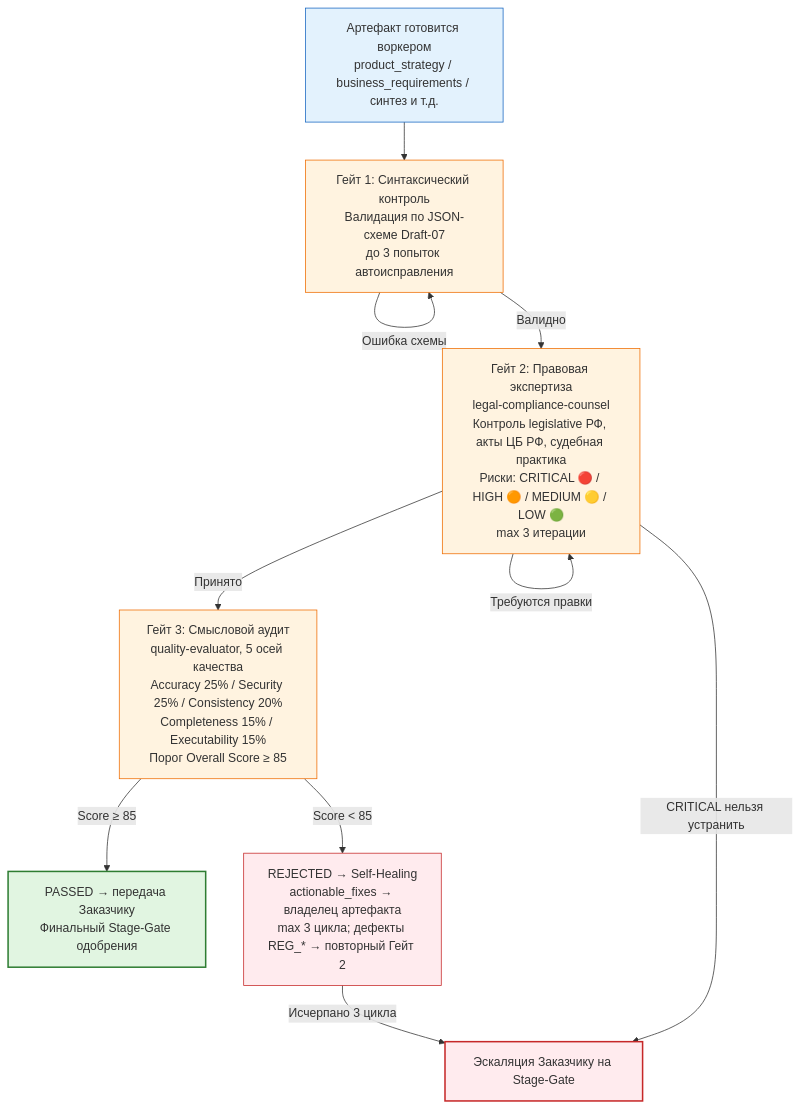
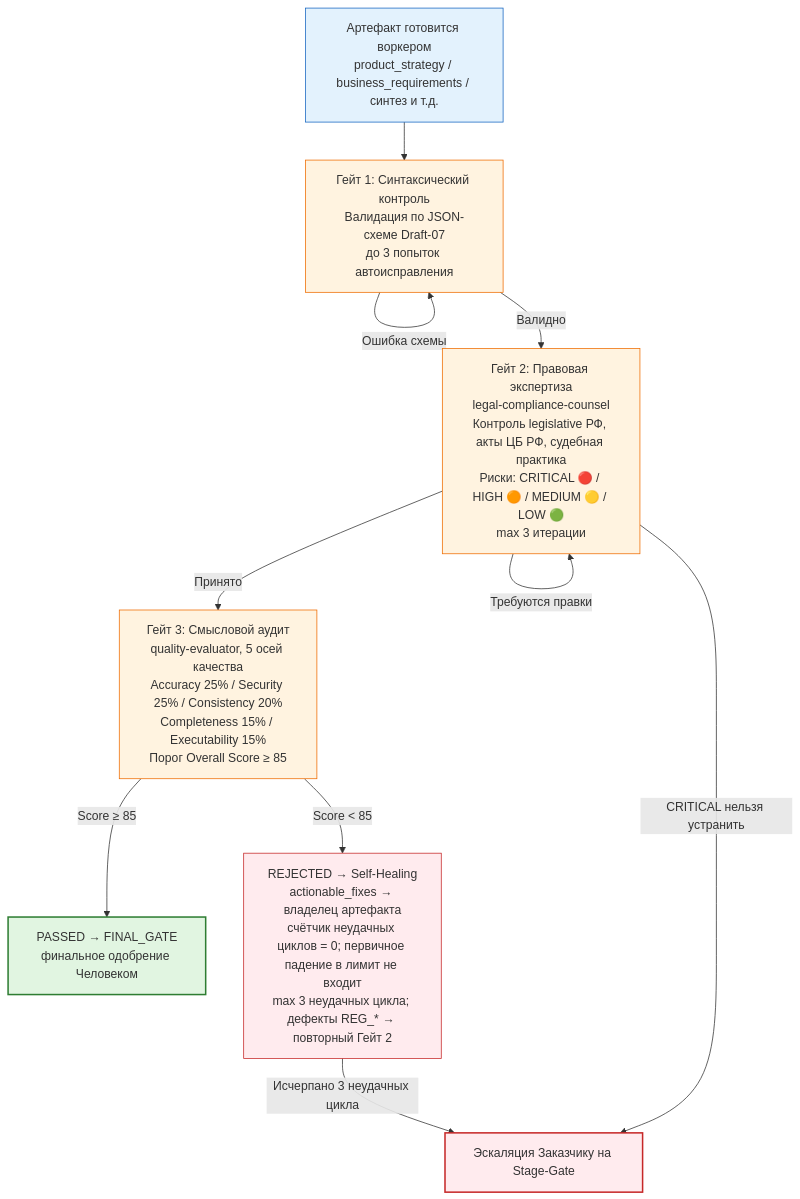
The diagram in docs/diagrams/quality-gates.mmd (DenisZakharov2/hermes-protocol-team), drawn with Mermaid before and after one commit. The commit also changed 1 other file, not shown here.

Commit message:
docs: fix the law number and align the quality gate diagram (M6.3, M6.4)

```diff
--- a/docs/diagrams/quality-gates.mmd
+++ b/docs/diagrams/quality-gates.mmd
@@ -1,27 +1,27 @@
 %% Triple-Gate контроль качества Hermes Protocol
 
 flowchart TD
     A[Артефакт готовится воркером<br/>product_strategy / business_requirements / синтез и т.д.]
 
     A --> B[Гейт 1: Синтаксический контроль<br/>Валидация по JSON-схеме Draft-07<br/>до 3 попыток автоисправления]
 
     B -->|Ошибка схемы| B
     B -->|Валидно| C[Гейт 2: Правовая экспертиза<br/>legal-compliance-counsel<br/>Контроль legislative РФ, акты ЦБ РФ, судебная практика<br/>Риски: CRITICAL 🔴 / HIGH 🟠 / MEDIUM 🟡 / LOW 🟢<br/>max 3 итерации]
 
     C -->|CRITICAL нельзя устранить| D[Эскаляция Заказчику на Stage-Gate]
     C -->|Требуются правки| C
     C -->|Принято| E[Гейт 3: Смысловой аудит<br/>quality-evaluator, 5 осей качества<br/>Accuracy 25% / Security 25% / Consistency 20%<br/>Completeness 15% / Executability 15%<br/>Порог Overall Score ≥ 85]
 
-    E -->|Score ≥ 85| F[PASSED → передача Заказчику<br/>Финальный Stage-Gate одобрения]
+    E -->|Score ≥ 85| F[PASSED → FINAL_GATE<br/>финальное одобрение Человеком]
 
-    E -->|Score < 85| G[REJECTED → Self-Healing<br/>actionable_fixes → владелец артефакта<br/>max 3 цикла; дефекты REG_* → повторный Гейт 2]
+    E -->|Score < 85| G[REJECTED → Self-Healing<br/>actionable_fixes → владелец артефакта<br/>счётчик неудачных циклов = 0; первичное падение в лимит не входит<br/>max 3 неудачных цикла; дефекты REG_* → повторный Гейт 2]
 
-    G -->|Исчерпано 3 цикла| D
+    G -->|Исчерпано 3 неудачных цикла| D
 
     style A fill:#e3f2fd,stroke:#1565c0
     style B fill:#fff3e0,stroke:#ef6c00
     style C fill:#fff3e0,stroke:#ef6c00
     style E fill:#fff3e0,stroke:#ef6c00
     style F fill:#e1f5e1,stroke:#2e7d32,stroke-width:2px
     style G fill:#ffebee,stroke:#c62828
     style D fill:#ffebee,stroke:#c62828,stroke-width:2px
```
